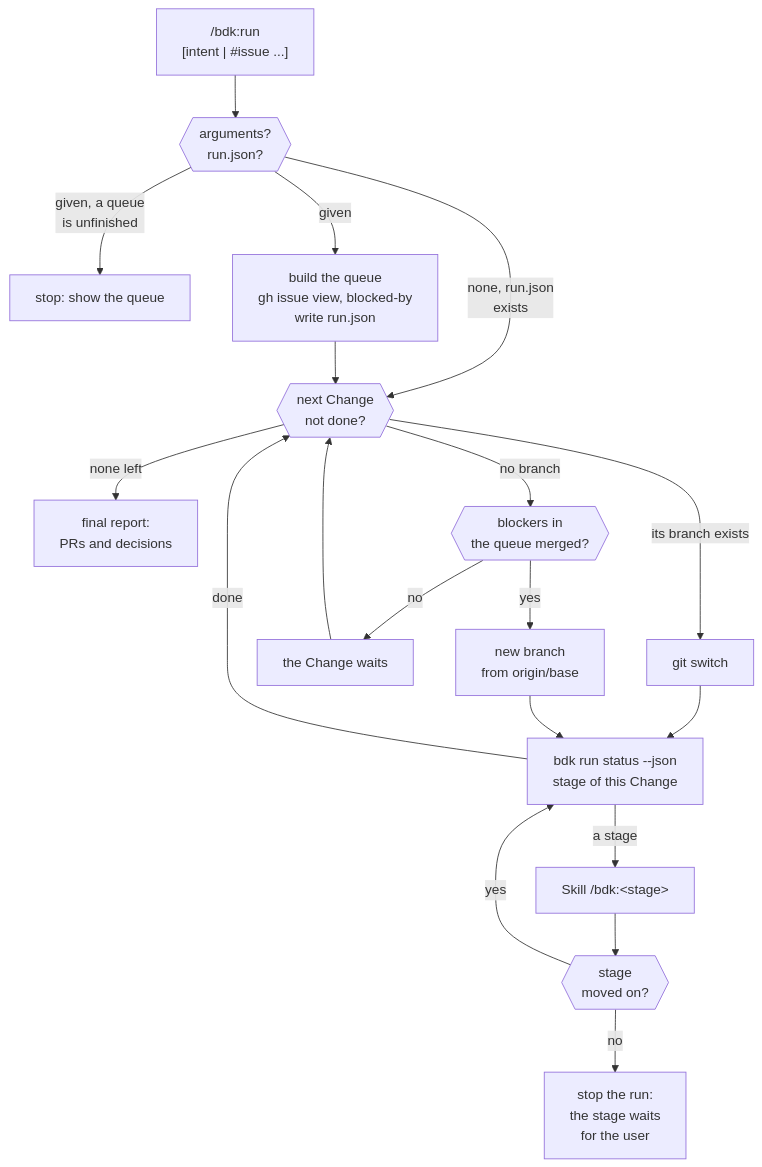
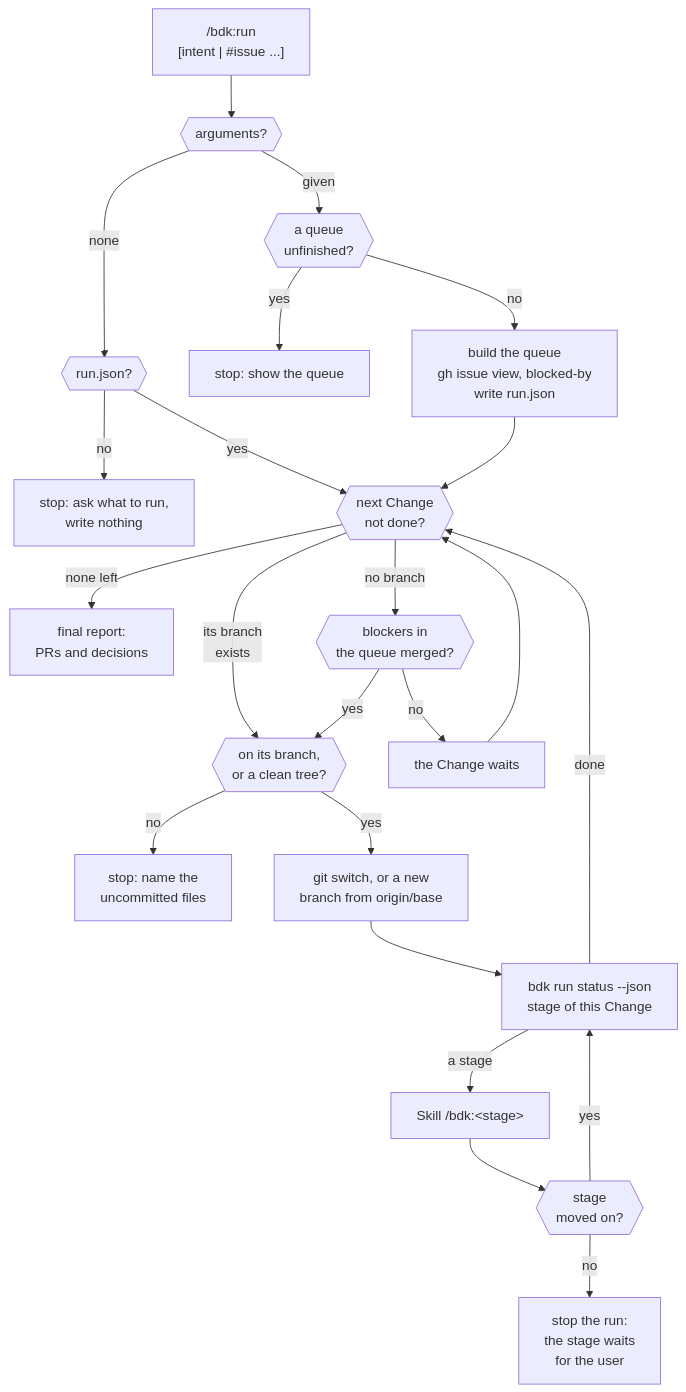
The third of 3 diagrams in docs/concepts/workflow.md (broneq/bdk), drawn with Mermaid before and after one commit. The commit also changed other lines of this file and 14 other files, not shown here.

First line of the commit message:
docs(concepts): bring the diagrams up to date with the skills

````diff
--- a/docs/concepts/workflow.md
+++ b/docs/concepts/workflow.md
@@ -65,22 +65,26 @@
 ```mermaid
 flowchart TB
-  A["/bdk:run<br/>[intent | #issue ...]"] --> Q{{"arguments?<br/>run.json?"}}
-  Q -->|"none, run.json<br/>exists"| NEXT
-  Q -->|"given, a queue<br/>is unfinished"| STOP1["stop: show the queue"]
-  Q -->|"given"| BUILD["build the queue<br/>gh issue view, blocked-by<br/>write run.json"]
+  A["/bdk:run<br/>[intent | #issue ...]"] --> ARGS{{"arguments?"}}
+  ARGS -->|"none"| RJ{{"run.json?"}}
+  RJ -->|"no"| ASK["stop: ask what to run,<br/>write nothing"]
+  RJ -->|"yes"| NEXT
+  ARGS -->|"given"| UNF{{"a queue<br/>unfinished?"}}
+  UNF -->|"yes"| STOP1["stop: show the queue"]
+  UNF -->|"no"| BUILD["build the queue<br/>gh issue view, blocked-by<br/>write run.json"]
   BUILD --> NEXT
   NEXT{{"next Change<br/>not done?"}}
   NEXT -->|"none left"| FINAL["final report:<br/>PRs and decisions"]
-  NEXT -->|"its branch exists"| SW["git switch"]
+  NEXT -->|"its branch<br/>exists"| CLEAN
   NEXT -->|"no branch"| BLK{{"blockers in<br/>the queue merged?"}}
   BLK -->|"no"| WAIT["the Change waits"] --> NEXT
-  BLK -->|"yes"| NEW["new branch<br/>from origin/base"]
+  BLK -->|"yes"| CLEAN{{"on its branch,<br/>or a clean tree?"}}
+  CLEAN -->|"no"| STOP3["stop: name the<br/>uncommitted files"]
+  CLEAN -->|"yes"| SW["git switch, or a new<br/>branch from origin/base"]
   SW --> ST
-  NEW --> ST
   ST["bdk run status --json<br/>stage of this Change"]
   ST -->|"done"| NEXT
   ST -->|"a stage"| CALL["Skill /bdk:&lt;stage&gt;"]
   CALL --> MOVED{{"stage<br/>moved on?"}}
   MOVED -->|"yes"| ST
   MOVED -->|"no"| STOP2["stop the run:<br/>the stage waits<br/>for the user"]
 ```
````
